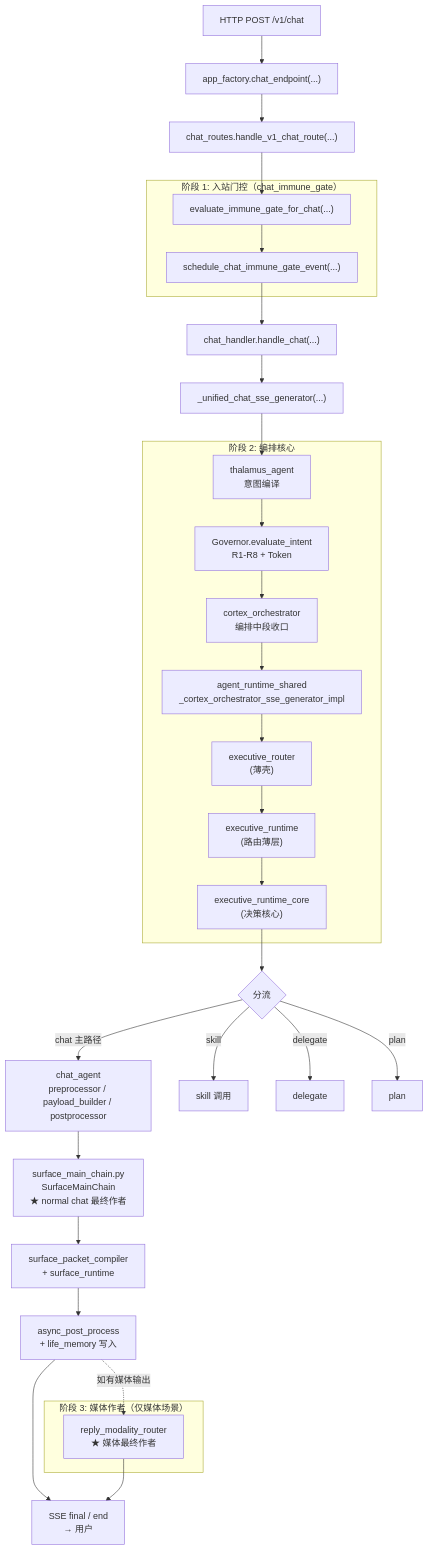
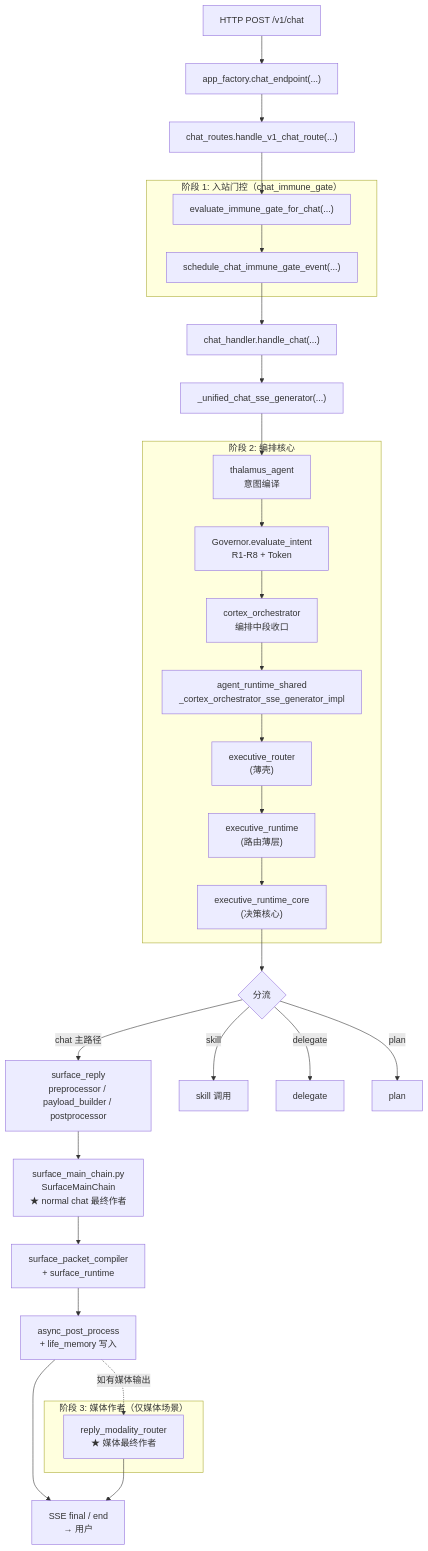
The first of 2 diagrams in docs/50_project/arch/diagrams/02_main_chain_flow.md (SakuraYoruno/Natsume_Ai), drawn with Mermaid before and after one commit. The commit also changed other lines of this file and 85 other files, not shown here.

````diff
--- a/docs/50_project/arch/diagrams/02_main_chain_flow.md
+++ b/docs/50_project/arch/diagrams/02_main_chain_flow.md
@@ -21,49 +21,49 @@
 ```mermaid
 flowchart TD
     A["HTTP POST /v1/chat"]
     A --> EP["app_factory.chat_endpoint(...)"]
     EP --> R["chat_routes.handle_v1_chat_route(...)"]
 
     subgraph Stage1["阶段 1: 入站门控（chat_immune_gate）"]
         IG["evaluate_immune_gate_for_chat(...)"]
         SCH["schedule_chat_immune_gate_event(...)"]
         IG --> SCH
     end
 
     R --> IG
     SCH --> CH["chat_handler.handle_chat(...)"]
     CH --> SSE["_unified_chat_sse_generator(...)"]
 
     subgraph Stage2["阶段 2: 编排核心"]
         TH["thalamus_agent<br/>意图编译"]
         GOV["Governor.evaluate_intent<br/>R1-R8 + Token"]
         CO["cortex_orchestrator<br/>编排中段收口"]
         ARS["agent_runtime_shared<br/>_cortex_orchestrator_sse_generator_impl"]
         ER["executive_router<br/>(薄壳)"]
         ERT["executive_runtime<br/>(路由薄层)"]
         ERC["executive_runtime_core<br/>(决策核心)"]
         TH --> GOV --> CO --> ARS --> ER --> ERT --> ERC
     end
 
     SSE --> TH
 
     ERC --> SEL{"分流"}
-    SEL -->|chat 主路径| CA["chat_agent<br/>preprocessor / payload_builder / postprocessor"]
+    SEL -->|chat 主路径| CA["surface_reply<br/>preprocessor / payload_builder / postprocessor"]
     SEL -->|skill| SK["skill 调用"]
     SEL -->|delegate| DG["delegate"]
     SEL -->|plan| PL["plan"]
 
     CA --> SC["surface_main_chain.py<br/>SurfaceMainChain<br/>★ normal chat 最终作者"]
     SC --> SP["surface_packet_compiler<br/>+ surface_runtime"]
 
     SP --> POST["async_post_process<br/>+ life_memory 写入"]
 
     subgraph Stage3["阶段 3: 媒体作者（仅媒体场景）"]
         RMR["reply_modality_router<br/>★ 媒体最终作者"]
     end
 
     POST -.如有媒体输出.-> RMR
 
     POST --> END["SSE final / end<br/>→ 用户"]
     RMR --> END
 ```
````
